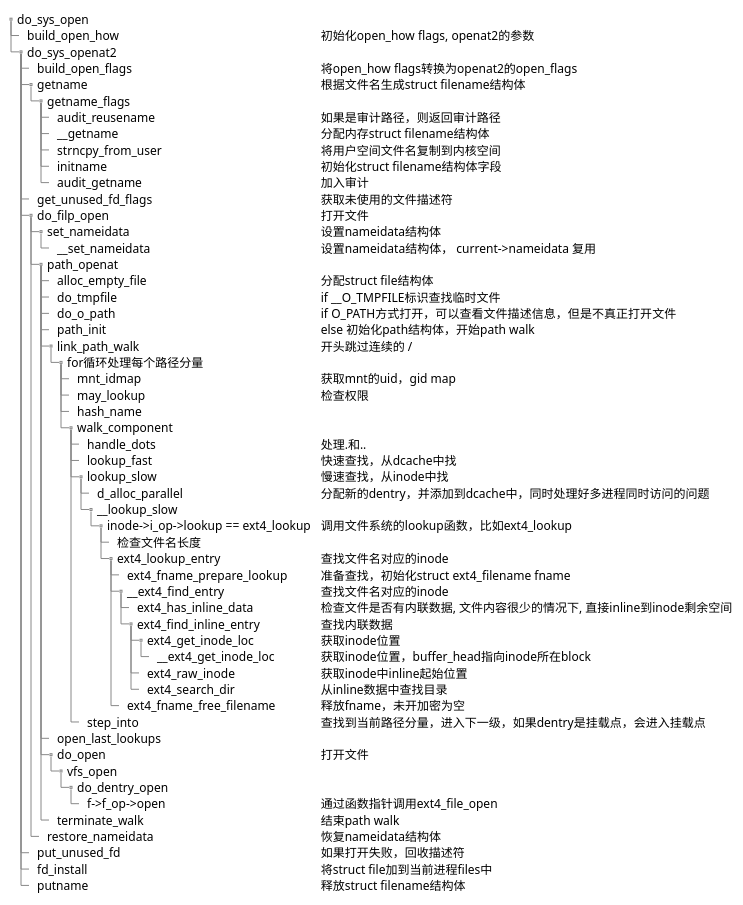
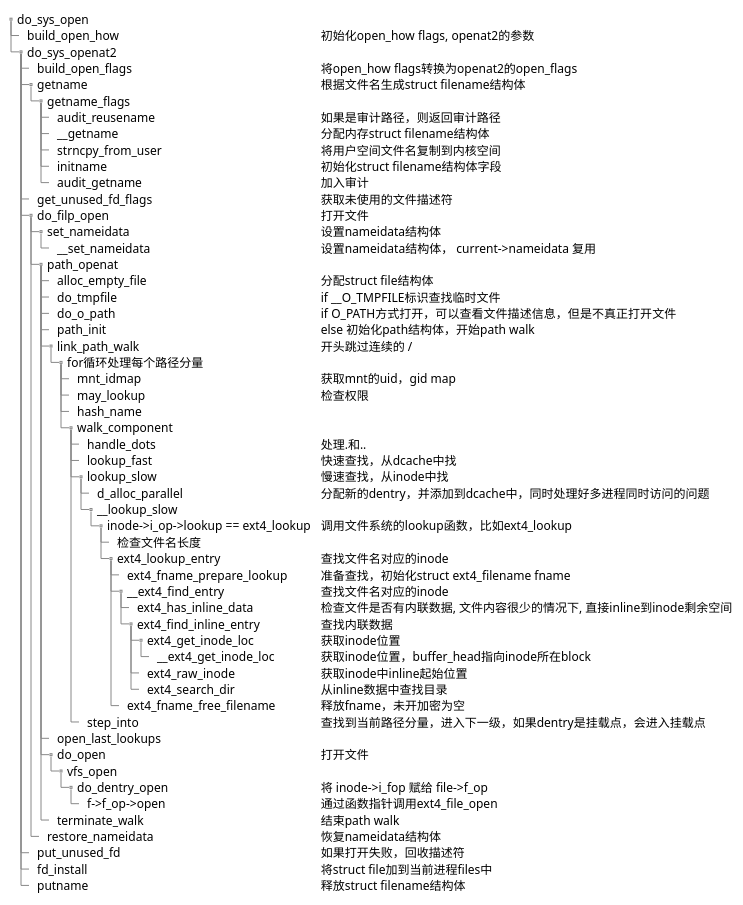
Before and after one commit to hml1006/linux-comment: the first of 2 diagrams in notes/file.md, drawn with PlantUML.

Commit message:
更新文件打开文档

````diff
--- a/notes/file.md
+++ b/notes/file.md
@@ -207,61 +207,61 @@
 ```plantuml
 @startsalt
 {{T
 + do_sys_open
 ++ build_open_how       | 初始化open_how flags, openat2的参数
 ++ do_sys_openat2
 +++ build_open_flags    | 将open_how flags转换为openat2的open_flags
 +++ getname             | 根据文件名生成struct filename结构体
 ++++ getname_flags
 +++++ audit_reusename   | 如果是审计路径，则返回审计路径
 +++++ __getname         | 分配内存struct filename结构体
 +++++ strncpy_from_user | 将用户空间文件名复制到内核空间
 +++++ initname          | 初始化struct filename结构体字段
 +++++ audit_getname     | 加入审计
 +++ get_unused_fd_flags | 获取未使用的文件描述符
 +++ do_filp_open    | 打开文件
 ++++ set_nameidata | 设置nameidata结构体
 +++++ __set_nameidata | 设置nameidata结构体， current->nameidata 复用
 ++++ path_openat
 +++++ alloc_empty_file | 分配struct file结构体
 +++++ do_tmpfile | if __O_TMPFILE标识查找临时文件
 +++++ do_o_path | if O_PATH方式打开，可以查看文件描述信息，但是不真正打开文件
 +++++ path_init | else 初始化path结构体，开始path walk
 +++++ link_path_walk    | 开头跳过连续的 /
 ++++++ for循环处理每个路径分量
 +++++++ mnt_idmap        | 获取mnt的uid，gid map
 +++++++ may_lookup | 检查权限
 +++++++ hash_name
 +++++++ walk_component
 ++++++++ handle_dots    | 处理.和..
 ++++++++ lookup_fast | 快速查找，从dcache中找
 ++++++++ lookup_slow | 慢速查找，从inode中找
 +++++++++ d_alloc_parallel | 分配新的dentry，并添加到dcache中，同时处理好多进程同时访问的问题
 +++++++++ __lookup_slow
 ++++++++++ inode->i_op->lookup == ext4_lookup | 调用文件系统的lookup函数，比如ext4_lookup
 +++++++++++ 检查文件名长度
 +++++++++++ ext4_lookup_entry | 查找文件名对应的inode
 ++++++++++++ ext4_fname_prepare_lookup | 准备查找，初始化struct ext4_filename fname
 ++++++++++++ __ext4_find_entry | 查找文件名对应的inode
 +++++++++++++ ext4_has_inline_data | 检查文件是否有内联数据, 文件内容很少的情况下, 直接inline到inode剩余空间
 +++++++++++++ ext4_find_inline_entry | 查找内联数据
 ++++++++++++++ ext4_get_inode_loc | 获取inode位置
 +++++++++++++++ __ext4_get_inode_loc | 获取inode位置，buffer_head指向inode所在block
 ++++++++++++++ ext4_raw_inode | 获取inode中inline起始位置
 ++++++++++++++ ext4_search_dir | 从inline数据中查找目录
 ++++++++++++ ext4_fname_free_filename | 释放fname，未开加密为空
 ++++++++ step_into | 查找到当前路径分量，进入下一级，如果dentry是挂载点，会进入挂载点
 +++++ open_last_lookups
 +++++ do_open | 打开文件
 ++++++ vfs_open
-+++++++ do_dentry_open
++++++++ do_dentry_open  | 将 inode->i_fop 赋给 file->f_op
 ++++++++ f->f_op->open | 通过函数指针调用ext4_file_open
 +++++ terminate_walk | 结束path walk
 ++++ restore_nameidata | 恢复nameidata结构体
 +++ put_unused_fd       | 如果打开失败，回收描述符
 +++ fd_install       | 将struct file加到当前进程files中
 +++ putname             | 释放struct filename结构体
 
 }}
 @endsalt
 ```
````
